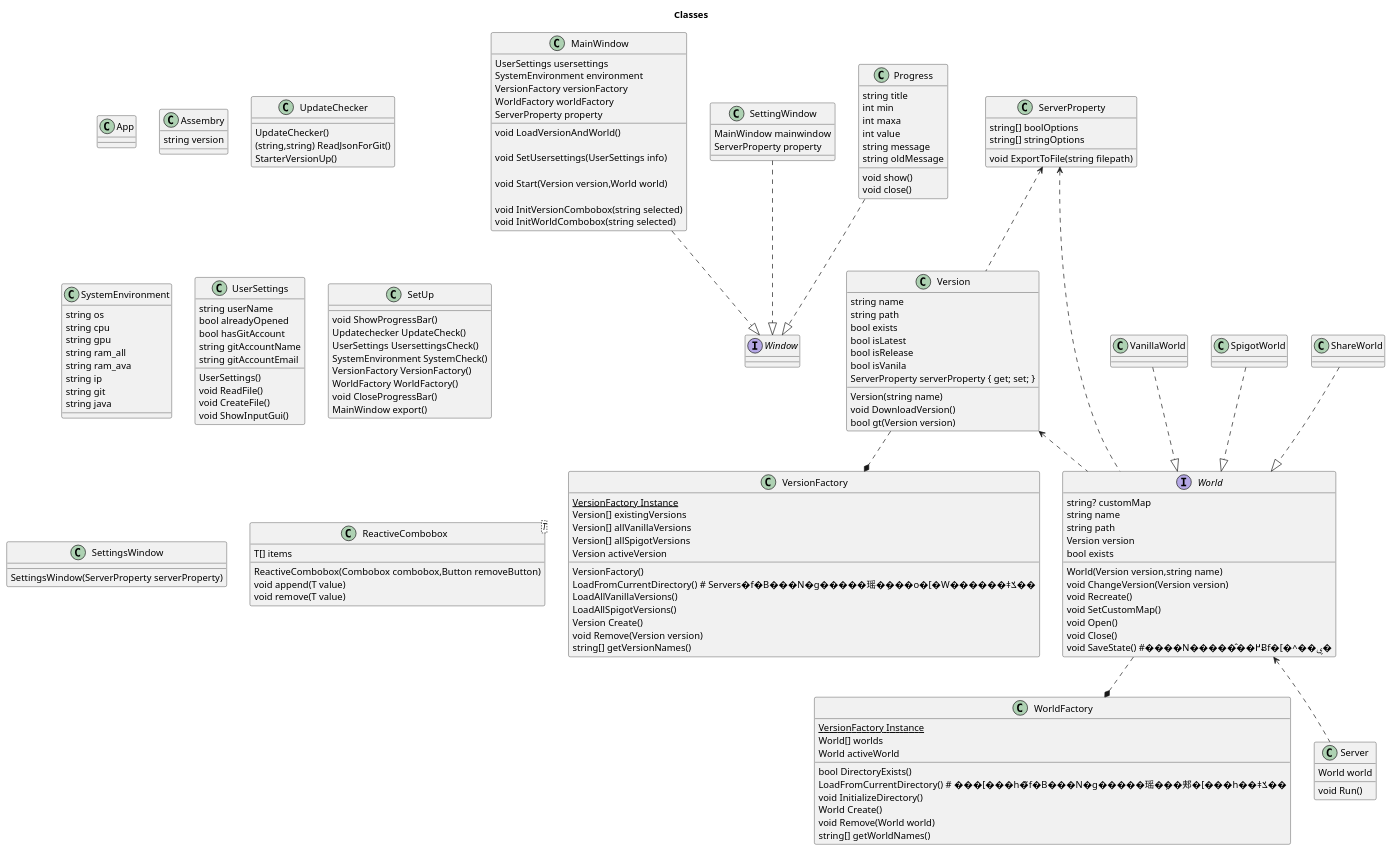
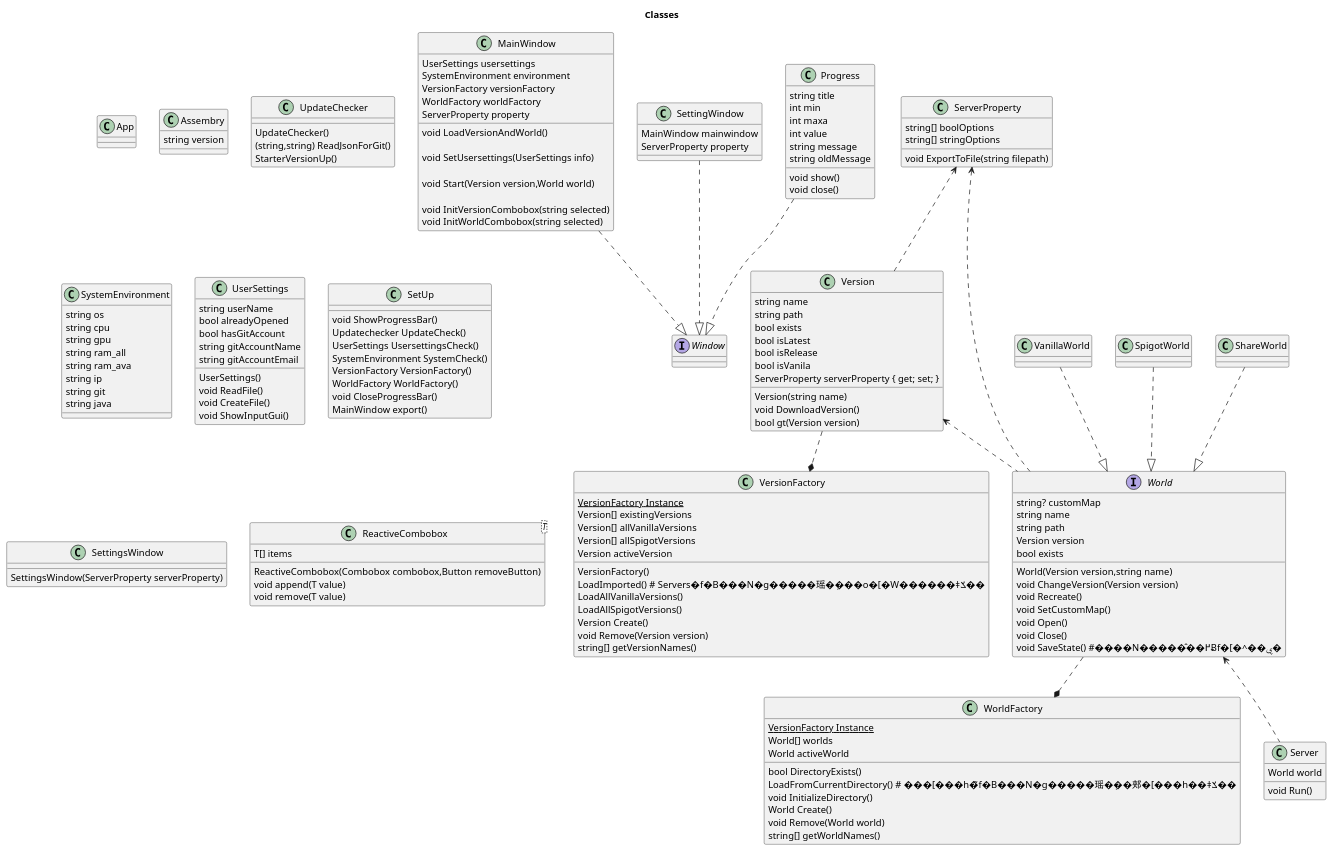
The diagram in Server_GUI2/plan.pu (CivilTT/ServerStarter), drawn with PlantUML before and after one commit. The commit also changed 9 other files, not shown here.

```diff
--- a/Server_GUI2/plan.pu
+++ b/Server_GUI2/plan.pu
@@ -1,189 +1,189 @@
 @startuml main
 title Classes
 
 class App{
 }
 
 class Assembry{
   string version
 }
 
 class UpdateChecker{
   UpdateChecker()
   (string,string) ReadJsonForGit()
   StarterVersionUp()
 }
 
 class SystemEnvironment{
   string os
   string cpu
   string gpu
   string ram_all
   string ram_ava
   string ip
   string git
   string java
 }
 
 class UserSettings{
   UserSettings()
   void ReadFile()
   void CreateFile()
   void ShowInputGui()
   string userName
   bool alreadyOpened
   bool hasGitAccount
   string gitAccountName
   string gitAccountEmail
 }
 
 interface Window{
 }
 
 class SetUp{
   void ShowProgressBar()
   Updatechecker UpdateCheck()
   UserSettings UsersettingsCheck()
   SystemEnvironment SystemCheck()
   VersionFactory VersionFactory()
   WorldFactory WorldFactory()
   void CloseProgressBar()
   MainWindow export()
 }
 
 
 class SettingsWindow{
   SettingsWindow(ServerProperty serverProperty)
 }
 
 class MainWindow{
   UserSettings usersettings
   SystemEnvironment environment
   VersionFactory versionFactory
   WorldFactory worldFactory
   ServerProperty property
 
   void LoadVersionAndWorld()
 
   void SetUsersettings(UserSettings info)
 
   void Start(Version version,World world)
 
   void InitVersionCombobox(string selected)
   void InitWorldCombobox(string selected)
 }
 MainWindow ..|> Window
 
 class SettingWindow{
   MainWindow mainwindow
   ServerProperty property
 }
 
 
 SettingWindow ..|> Window
 
 class Progress{
   string title
   int min
   int maxa
   int value
   string message
   string oldMessage
   void show()
   void close()
 }
 Progress ..|> Window
 
 ' ����l����
 class ReactiveCombobox<T>{
   ReactiveCombobox(Combobox combobox,Button removeButton)
   T[] items
   void append(T value)
   void remove(T value)
 }
 
 class VersionFactory{
   {classifier} VersionFactory Instance
   VersionFactory()
-  LoadFromCurrentDirectory() # Servers�f�B���N�g�����瑶�݂���o�[�W������ǂݎ��
+  LoadImported() # Servers�f�B���N�g�����瑶�݂���o�[�W������ǂݎ��
   LoadAllVanillaVersions()
   LoadAllSpigotVersions()
   Version Create()
   void Remove(Version version)
   Version[] existingVersions
   Version[] allVanillaVersions
   Version[] allSpigotVersions
   Version activeVersion
   string[] getVersionNames()
 }
 Version ..* VersionFactory
 
 
 class Version{
   Version(string name)
   string name
   string path
   bool exists
   bool isLatest
   bool isRelease
   bool isVanila
   void DownloadVersion()
   ServerProperty serverProperty { get; set; }
   bool gt(Version version)
 }
 
 class WorldFactory{
   {classifier} VersionFactory Instance
   bool DirectoryExists()
   LoadFromCurrentDirectory() # ���[���h�̃f�B���N�g�����瑶�݂��郏�[���h��ǂݎ��
   void InitializeDirectory()
   World Create()
   void Remove(World world)
   World[] worlds
   World activeWorld
   string[] getWorldNames()
 }
 World ..* WorldFactory
 
 
 interface World{
   World(Version version,string name)
   string? customMap
   string name
   string path
   Version version
   bool exists
   void ChangeVersion(Version version)
   void Recreate()
   void SetCustomMap()
   void Open()
   void Close()
   void SaveState() #����N�����̂��߂Ƀf�[�^��ۑ�
 }
 Version <.. World
 ServerProperty <.. World
 
 class VanillaWorld{}
 VanillaWorld ..|>World
 
 class SpigotWorld{}
 SpigotWorld ..|>World
 
 class ShareWorld{}
 ShareWorld ..|>World
 
 class ServerProperty{
   string[] boolOptions
   string[] stringOptions
   void ExportToFile(string filepath)
 }
 ServerProperty <.. Version
 
 class Server{
   World world
   void Run()
 }
 
 World <.. Server
 
 @enduml
```
